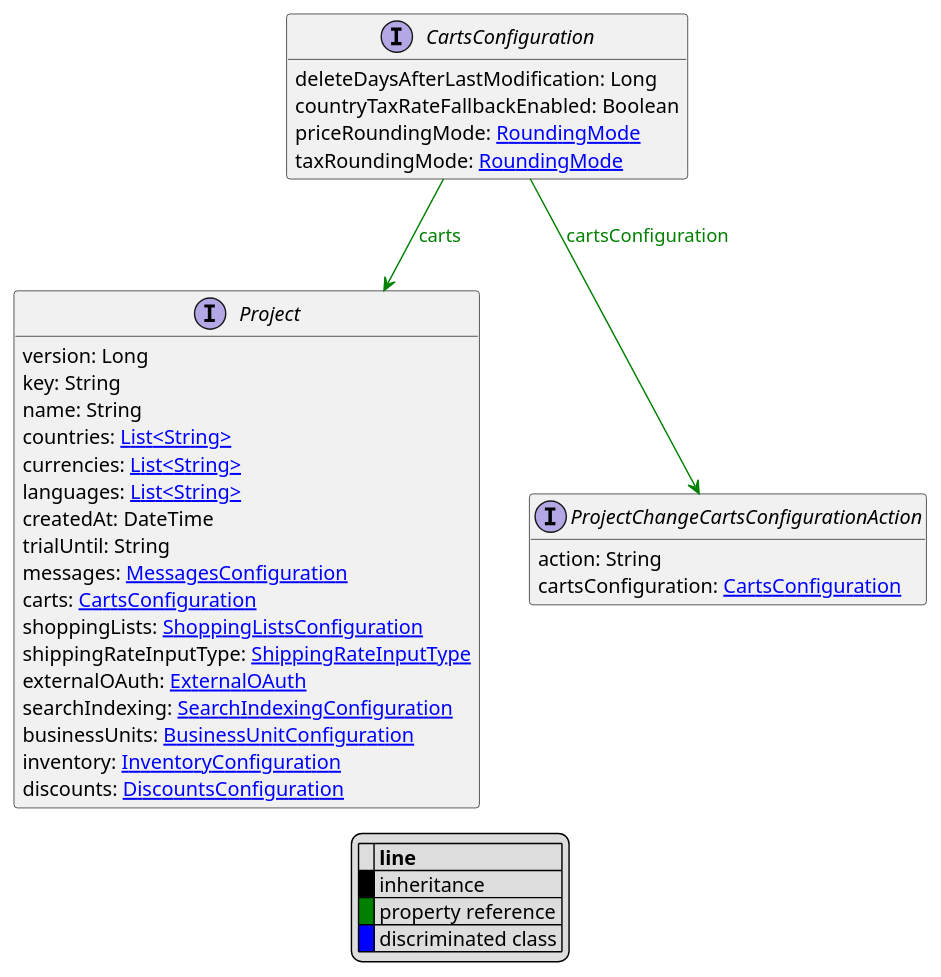
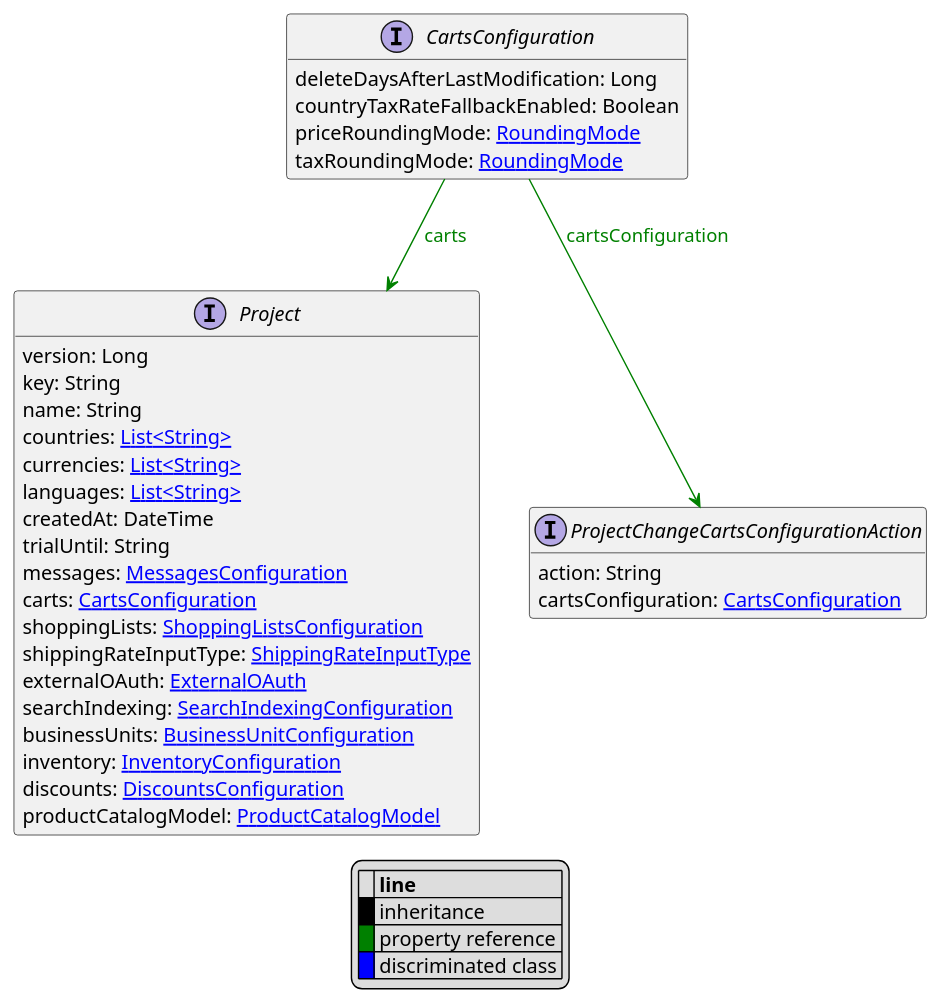
One commit to commercetools/commercetools-api-reference changed the diagram in uml/api/CartsConfiguration.puml. Above: the diagram before and after it, drawn with PlantUML. The commit also changed 2068 other files, not shown here.

```diff
--- a/uml/api/CartsConfiguration.puml
+++ b/uml/api/CartsConfiguration.puml
@@ -1,46 +1,47 @@
 @startuml
 
 hide empty fields
 hide empty methods
 legend
 |= |= line |
 |<back:black>   </back>| inheritance |
 |<back:green>   </back>| property reference |
 |<back:blue>   </back>| discriminated class |
 endlegend
 interface CartsConfiguration [[CartsConfiguration.svg]]  {
     deleteDaysAfterLastModification: Long
     countryTaxRateFallbackEnabled: Boolean
     priceRoundingMode: [[RoundingMode.svg RoundingMode]]
     taxRoundingMode: [[RoundingMode.svg RoundingMode]]
 }
 
 
 
 interface Project [[Project.svg]]  {
     version: Long
     key: String
     name: String
     countries: [[String.svg List<String>]]
     currencies: [[String.svg List<String>]]
     languages: [[String.svg List<String>]]
     createdAt: DateTime
     trialUntil: String
     messages: [[MessagesConfiguration.svg MessagesConfiguration]]
     carts: [[CartsConfiguration.svg CartsConfiguration]]
     shoppingLists: [[ShoppingListsConfiguration.svg ShoppingListsConfiguration]]
     shippingRateInputType: [[ShippingRateInputType.svg ShippingRateInputType]]
     externalOAuth: [[ExternalOAuth.svg ExternalOAuth]]
     searchIndexing: [[SearchIndexingConfiguration.svg SearchIndexingConfiguration]]
     businessUnits: [[BusinessUnitConfiguration.svg BusinessUnitConfiguration]]
     inventory: [[InventoryConfiguration.svg InventoryConfiguration]]
     discounts: [[DiscountsConfiguration.svg DiscountsConfiguration]]
+    productCatalogModel: [[ProductCatalogModel.svg ProductCatalogModel]]
 }
 interface ProjectChangeCartsConfigurationAction [[ProjectChangeCartsConfigurationAction.svg]]  {
     action: String
     cartsConfiguration: [[CartsConfiguration.svg CartsConfiguration]]
 }
 
 CartsConfiguration --> Project #green;text:green : "carts"
 CartsConfiguration --> ProjectChangeCartsConfigurationAction #green;text:green : "cartsConfiguration"
 @enduml
```
